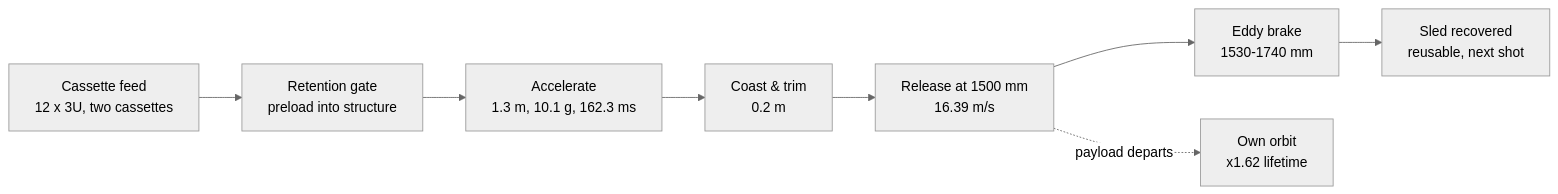
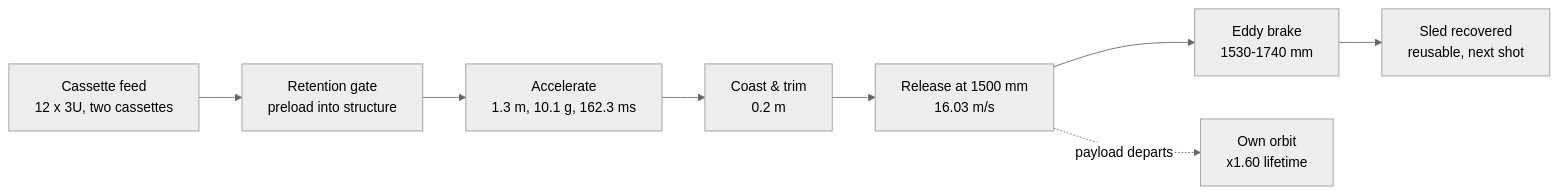
Before and after one commit to aaaaaaaaaaaavm/VOLLEY: the first of 3 diagrams in README.md, drawn with Mermaid (neutral theme). The commit also changed other lines of this file and 56 other files, not shown here.

````diff
--- a/README.md
+++ b/README.md
@@ -180,10 +180,10 @@
 ```mermaid
 flowchart LR
     A["Cassette feed<br/>12 x 3U, two cassettes"] --> B["Retention gate<br/>preload into structure"]
     B --> C["Accelerate<br/>1.3 m, 10.1 g, 162.3 ms"]
     C --> D["Coast &amp; trim<br/>0.2 m"]
-    D --> E["Release at 1500 mm<br/>16.39 m/s"]
+    D --> E["Release at 1500 mm<br/>16.03 m/s"]
     E --> F["Eddy brake<br/>1530-1740 mm"]
     F --> G["Sled recovered<br/>reusable, next shot"]
-    E -.->|"payload departs"| H["Own orbit<br/>x1.62 lifetime"]
+    E -.->|"payload departs"| H["Own orbit<br/>x1.60 lifetime"]
 ```
````
